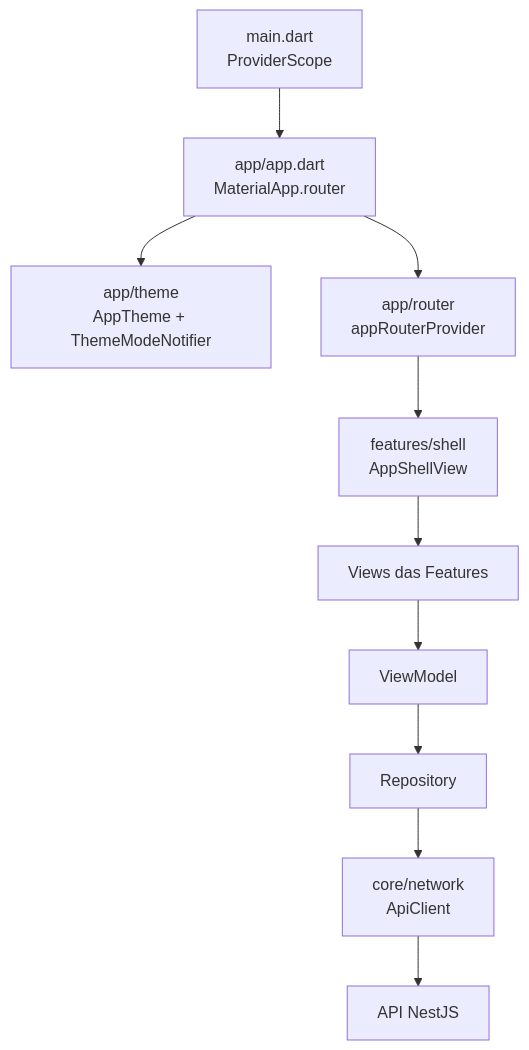
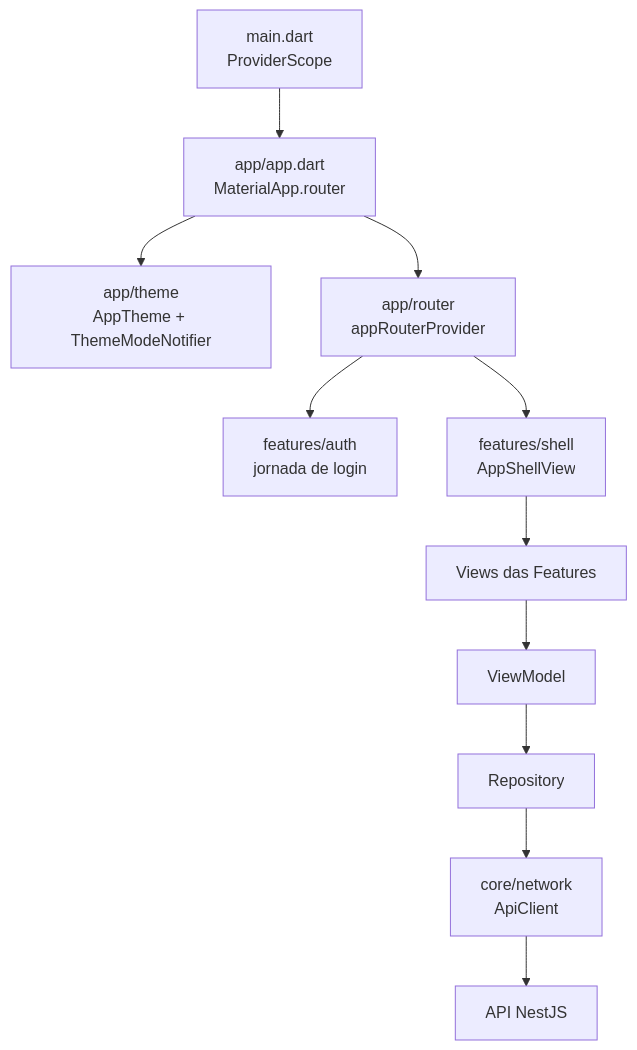
The first of 2 diagrams in frontend/docs/13-fundacao.md (DanielSameque/Otzar), drawn with Mermaid before and after one commit. The commit also changed other lines of this file and 18 other files, not shown here.

````diff
--- a/frontend/docs/13-fundacao.md
+++ b/frontend/docs/13-fundacao.md
@@ -23,12 +23,13 @@
 ```mermaid
 flowchart TB
     Main["main.dart<br/>ProviderScope"] --> App["app/app.dart<br/>MaterialApp.router"]
     App --> Theme["app/theme<br/>AppTheme + ThemeModeNotifier"]
     App --> Router["app/router<br/>appRouterProvider"]
+    Router --> Auth["features/auth<br/>jornada de login"]
     Router --> Shell["features/shell<br/>AppShellView"]
     Shell --> Feature["Views das Features"]
     Feature --> ViewModel["ViewModel"]
     ViewModel --> Repository["Repository"]
     Repository --> ApiClient["core/network<br/>ApiClient"]
     ApiClient --> API["API NestJS"]
 ```
````
